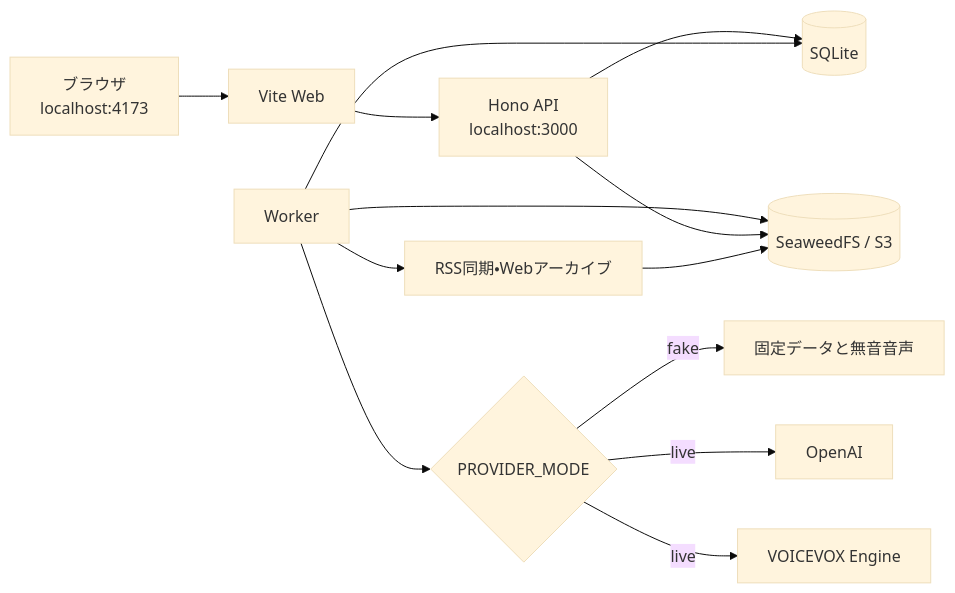
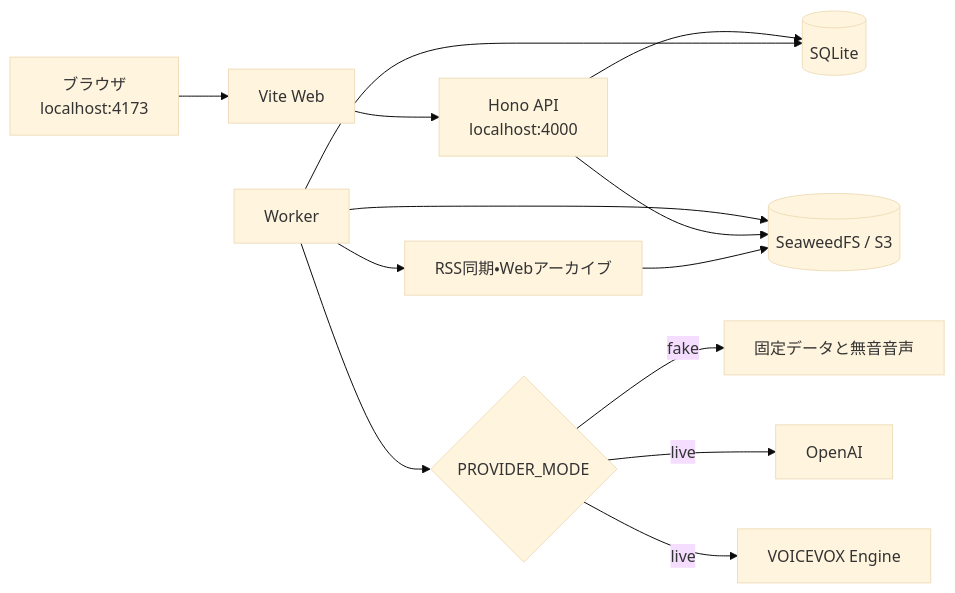
The diagram in docs/development.md (r4ai/news-podcast), drawn with Mermaid (base theme) before and after one commit. The commit also changed other lines of this file and 9 other files, not shown here.

````diff
--- a/docs/development.md
+++ b/docs/development.md
@@ -94,15 +94,15 @@
 ```mermaid
 flowchart LR
     Browser["ブラウザ<br/>localhost:4173"] --> Web["Vite Web"]
-    Web --> API["Hono API<br/>localhost:3000"]
+    Web --> API["Hono API<br/>localhost:4000"]
     API --> DB[("SQLite")]
     Worker["Worker"] --> DB
     Worker --> Provider{"PROVIDER_MODE"}
     Provider -->|fake| Fake["固定データと無音音声"]
     Provider -->|live| OpenAI["OpenAI"]
     Provider -->|live| Voicevox["VOICEVOX Engine"]
     Worker --> Objects[("SeaweedFS / S3")]
     API --> Objects
     Worker --> Archive["RSS同期・Webアーカイブ"]
     Archive --> Objects
 ```
````
